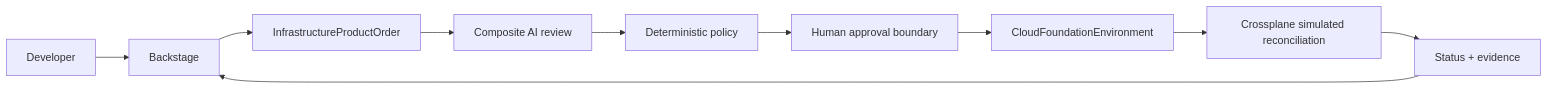
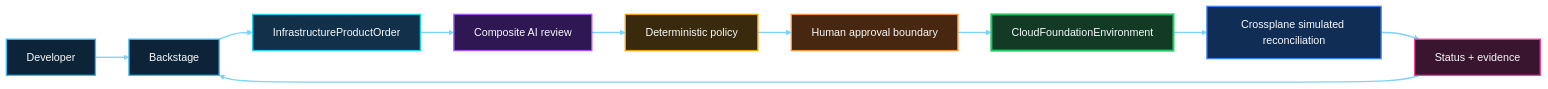
The fifth of 6 diagrams in README.md (SAABOLImpactVenture/ai-powered-infrastructure-as-a-product), drawn with Mermaid before and after one commit. The commit also changed other lines of this file and 5 other files, not shown here.

````diff
--- a/README.md
+++ b/README.md
@@ -333,12 +414,30 @@
 ```mermaid
 flowchart LR
   DEV[Developer] --> STORE[Backstage]
   STORE --> ORDER[InfrastructureProductOrder]
   ORDER --> AI[Composite AI review]
   AI --> POLICY[Deterministic policy]
   POLICY --> HUMAN[Human approval boundary]
   HUMAN --> CFE[CloudFoundationEnvironment]
   CFE --> XP[Crossplane simulated reconciliation]
   XP --> EVID[Status + evidence]
   EVID --> STORE
+
+  classDef consumer fill:#0D2438,stroke:#38BDF8,stroke-width:2px,color:#F8FAFC
+  classDef intent fill:#12304A,stroke:#22D3EE,stroke-width:2px,color:#F8FAFC
+  classDef intelligence fill:#2E1752,stroke:#A855F7,stroke-width:2px,color:#F8FAFC
+  classDef governance fill:#3A2A0D,stroke:#F59E0B,stroke-width:2px,color:#F8FAFC
+  classDef human fill:#47270F,stroke:#FB923C,stroke-width:2px,color:#F8FAFC
+  classDef contract fill:#123A24,stroke:#22C55E,stroke-width:3px,color:#F8FAFC
+  classDef control fill:#102D55,stroke:#3B82F6,stroke-width:2px,color:#F8FAFC
+  classDef evidence fill:#3A1530,stroke:#EC4899,stroke-width:2px,color:#F8FAFC
+  class DEV,STORE consumer
+  class ORDER intent
+  class AI intelligence
+  class POLICY governance
+  class HUMAN human
+  class CFE contract
+  class XP control
+  class EVID evidence
+  linkStyle default stroke:#7DD3FC,stroke-width:2px
 ```
````
